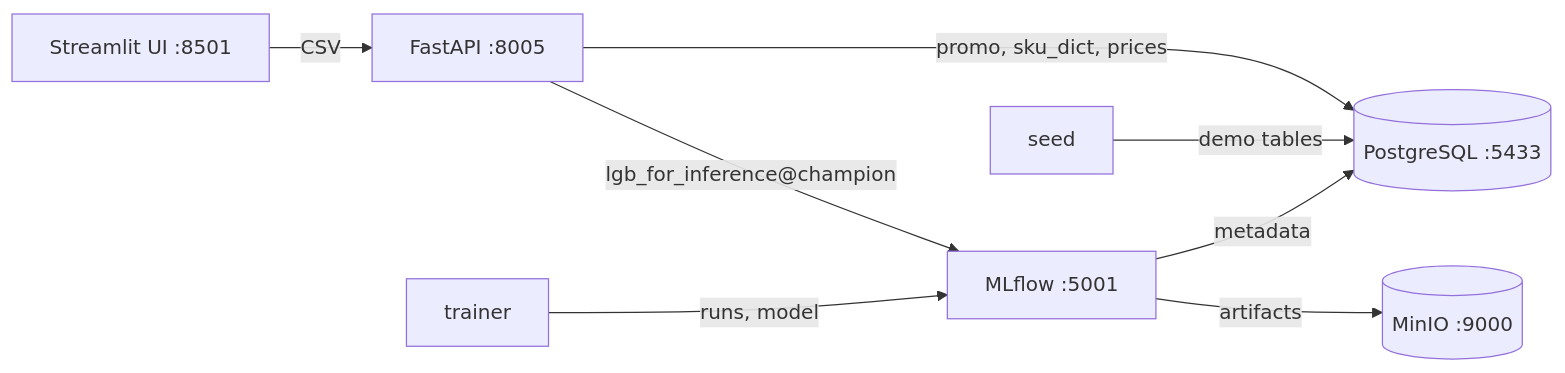
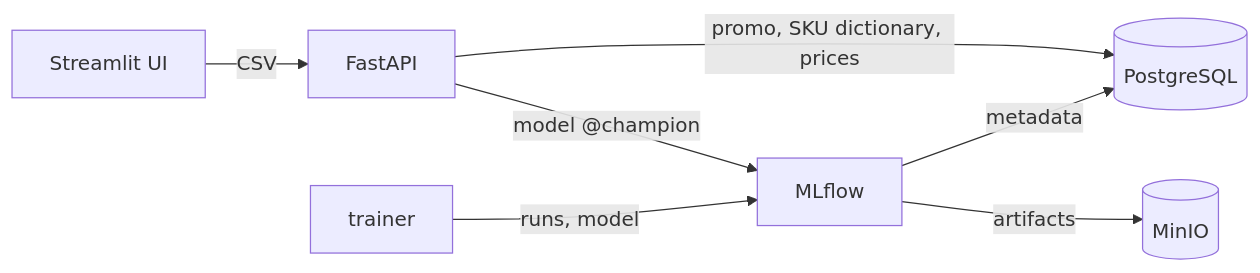
The diagram in README.md (Lebedinskiy1377/deploy_ml_service), drawn with Mermaid before and after one commit. The commit also changed other lines of this file and 2 other files, not shown here.

````diff
--- a/README.md
+++ b/README.md
@@ -20,10 +16,9 @@
 ```mermaid
 flowchart LR
-    UI["Streamlit UI :8501"] -->|CSV| API["FastAPI :8005"]
-    API -->|promo, sku_dict, prices| DB[("PostgreSQL :5433")]
-    API -->|"lgb_for_inference@champion"| MLF["MLflow :5001"]
+    UI["Streamlit UI"] -->|CSV| API["FastAPI"]
+    API -->|promo, SKU dictionary, prices| DB[("PostgreSQL")]
+    API -->|"model @champion"| MLF["MLflow"]
     TR["trainer"] -->|runs, model| MLF
-    SEED["seed"] -->|demo tables| DB
     MLF -->|metadata| DB
-    MLF -->|artifacts| S3[("MinIO :9000")]
+    MLF -->|artifacts| S3[("MinIO")]
 ```
````
